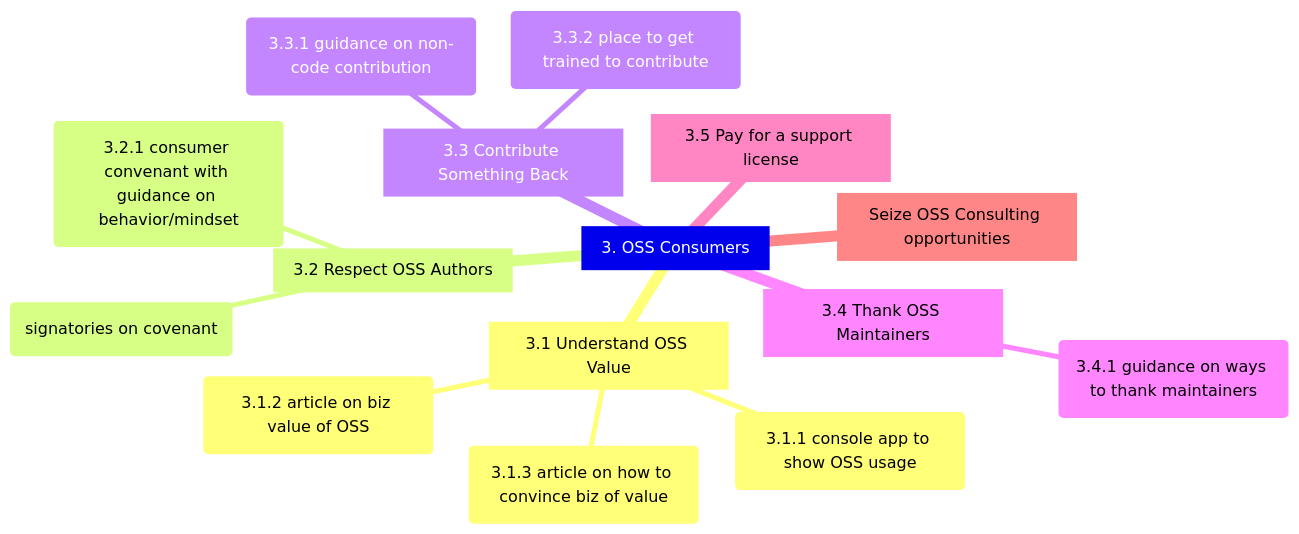
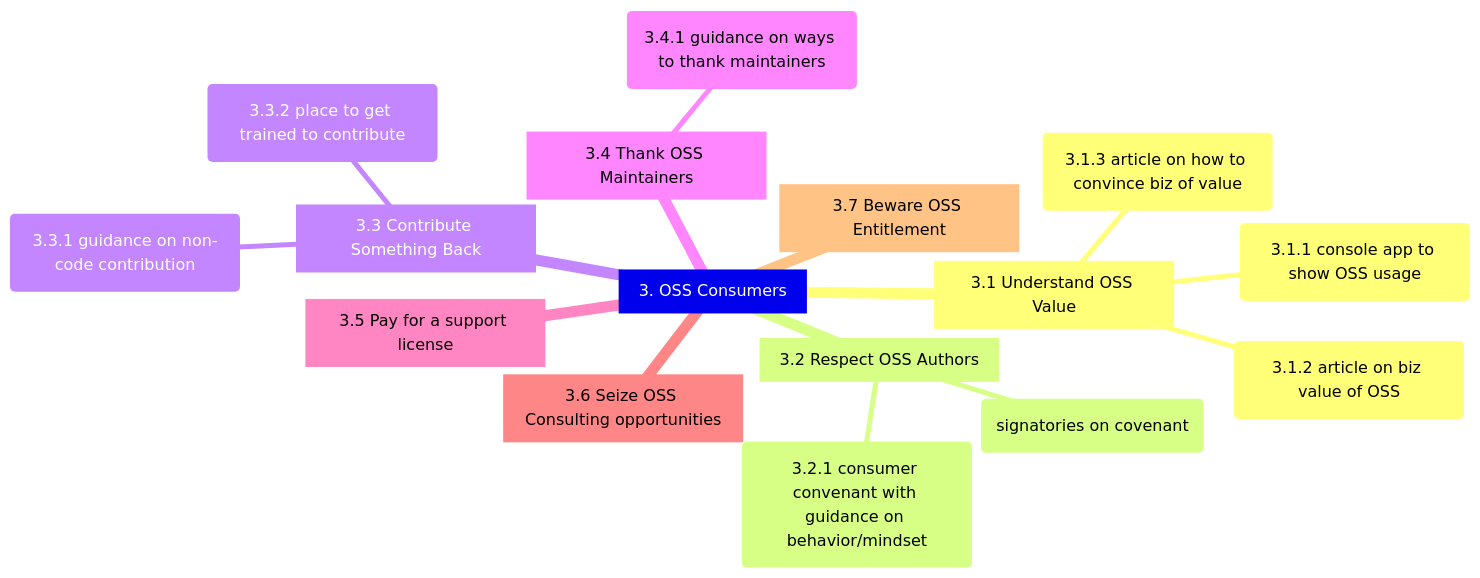
One commit to AWiderDotNET/home changed the third of 8 diagrams in README.md. Above: the diagram before and after it, drawn with Mermaid. The commit also changed other lines of this file, not shown here.

````diff
--- a/README.md
+++ b/README.md
@@ -50,18 +50,19 @@
 ```mermaid
 mindmap
   3[3. OSS Consumers]
     3.1[3.1 Understand OSS Value]
       3.1.1(3.1.1 console app to show OSS usage)
       3.1.2(3.1.2 article on biz value of OSS)
       3.1.3(3.1.3 article on how to convince biz of value)
     3.2[3.2 Respect OSS Authors]
       3.2.1(3.2.1 consumer convenant with guidance on behavior/mindset)
       3.2.2(signatories on covenant)
     3.3[3.3 Contribute Something Back]
       3.3.1(3.3.1 guidance on non-code contribution)
       3.3.2(3.3.2 place to get trained to contribute)
     3.4[3.4 Thank OSS Maintainers]
       3.4.1(3.4.1 guidance on ways to thank maintainers)
     3.5[3.5 Pay for a support license]
-    3.6[Seize OSS Consulting opportunities]
+    3.6[3.6 Seize OSS Consulting opportunities]
+    3.7[3.7 Beware OSS Entitlement]
 ```
````
